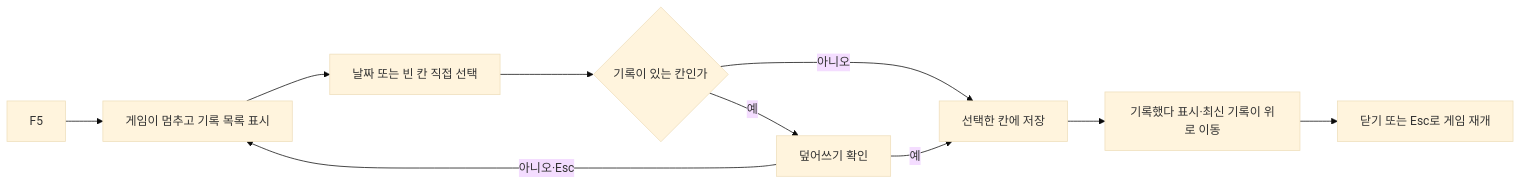
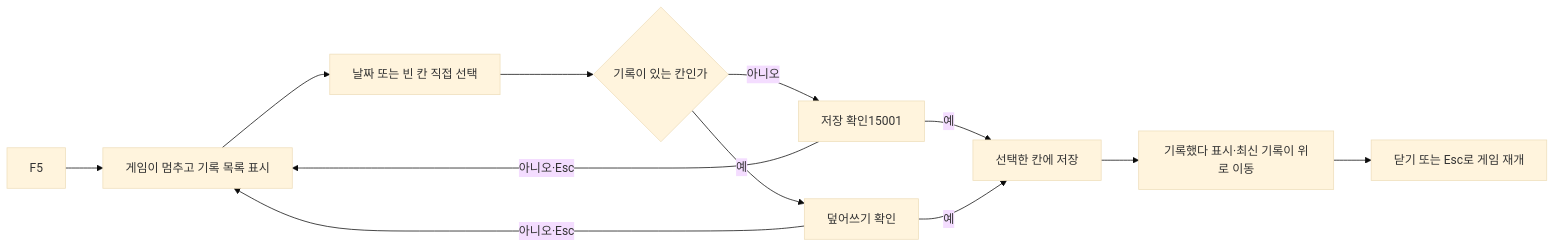
The diagram in Docs/기획자용 수동 저장 사용 안내.md (lkhwcf-arch/Human_Ghost-), drawn with Mermaid (base theme) before and after one commit. The commit also changed other lines of this file and 20 other files, not shown here.

````diff
--- a/Docs/기획자용 수동 저장 사용 안내.md
+++ b/Docs/기획자용 수동 저장 사용 안내.md
@@ -15,12 +15,14 @@
 ```mermaid
 flowchart LR
     A[F5] --> B[게임이 멈추고 기록 목록 표시]
     B --> C[날짜 또는 빈 칸 직접 선택]
     C --> D{기록이 있는 칸인가}
-    D -->|아니오| E[선택한 칸에 저장]
+    D -->|아니오| I[저장 확인15001]
+    I -->|예| E[선택한 칸에 저장]
+    I -->|아니오·Esc| B
     D -->|예| F[덮어쓰기 확인]
     F -->|예| E
     F -->|아니오·Esc| B
     E --> G[기록했다 표시·최신 기록이 위로 이동]
     G --> H[닫기 또는 Esc로 게임 재개]
 ```
````
